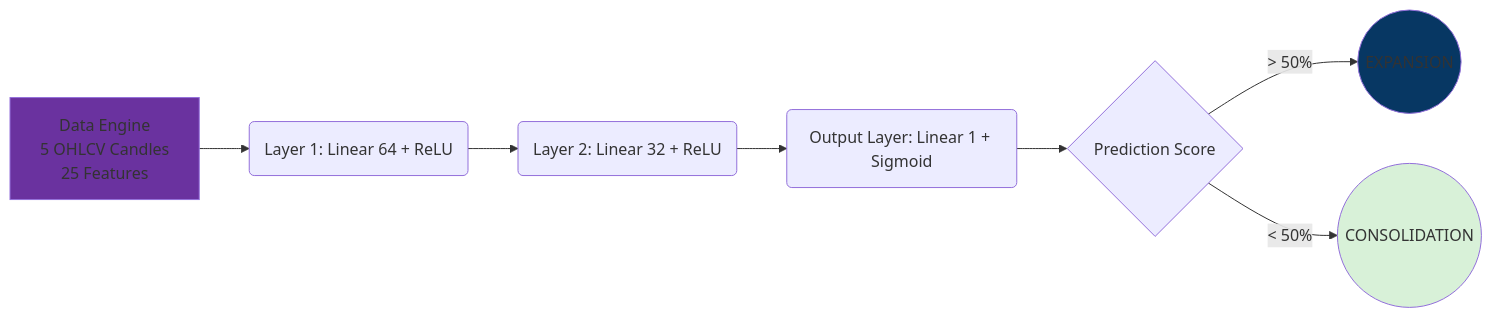
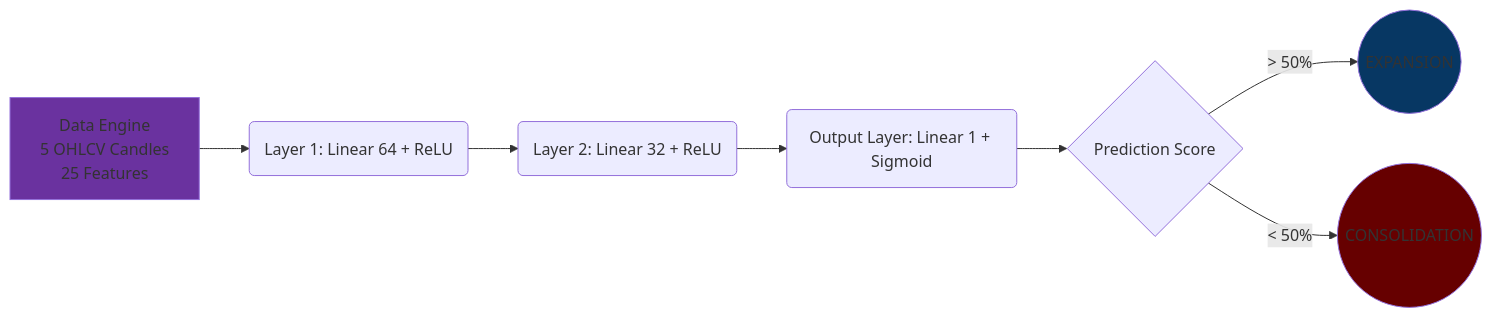
One commit to PotatoCodez127/omni-volatility-classifier changed the diagram in README.md. Above: the diagram before and after it, drawn with Mermaid.

````diff
--- a/README.md
+++ b/README.md
@@ -9,13 +9,13 @@
 ```mermaid
 graph LR
     A[Data Engine<br/>5 OHLCV Candles<br/>25 Features] --> B(Layer 1: Linear 64 + ReLU)
     B --> C(Layer 2: Linear 32 + ReLU)
     C --> D(Output Layer: Linear 1 + Sigmoid)
     D --> E{Prediction Score}
     E -->|> 50%| F((EXPANSION))
     E -->|< 50%| G((CONSOLIDATION))
     
     style A fill:#6a329f
     style F fill:#073763
-    style G fill:#d8f1d8
+    style G fill:#660000
 ```
````
